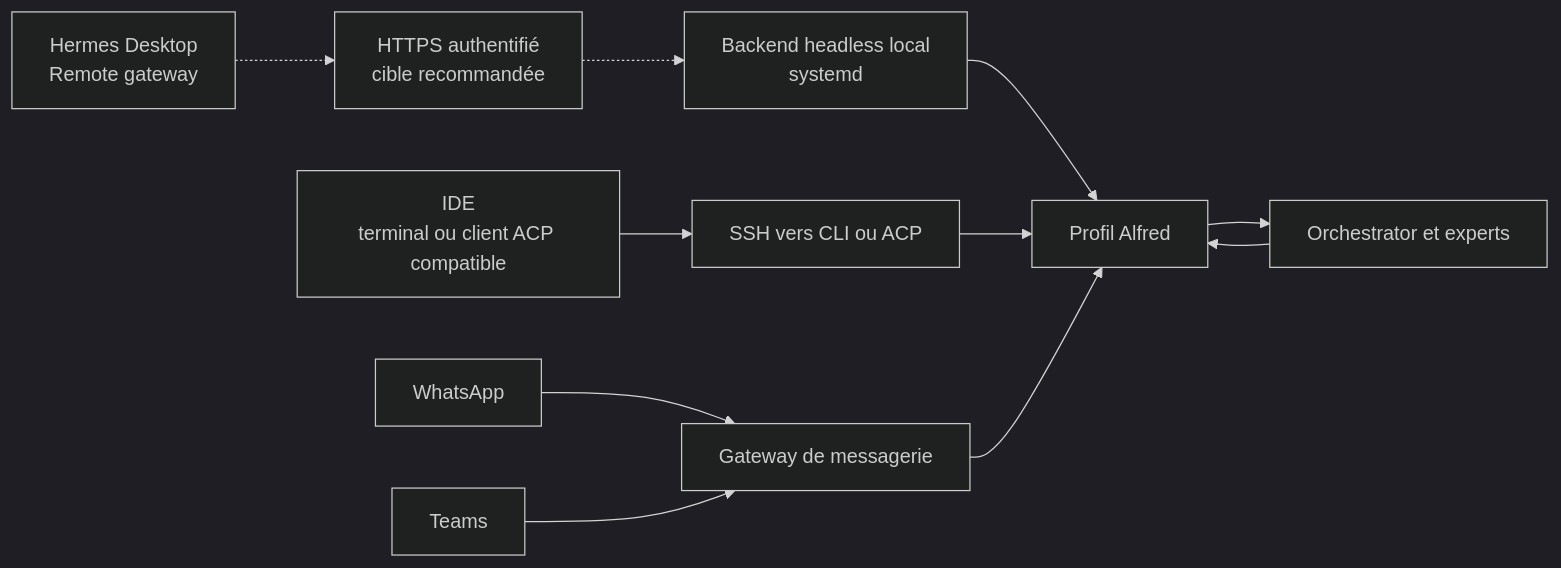
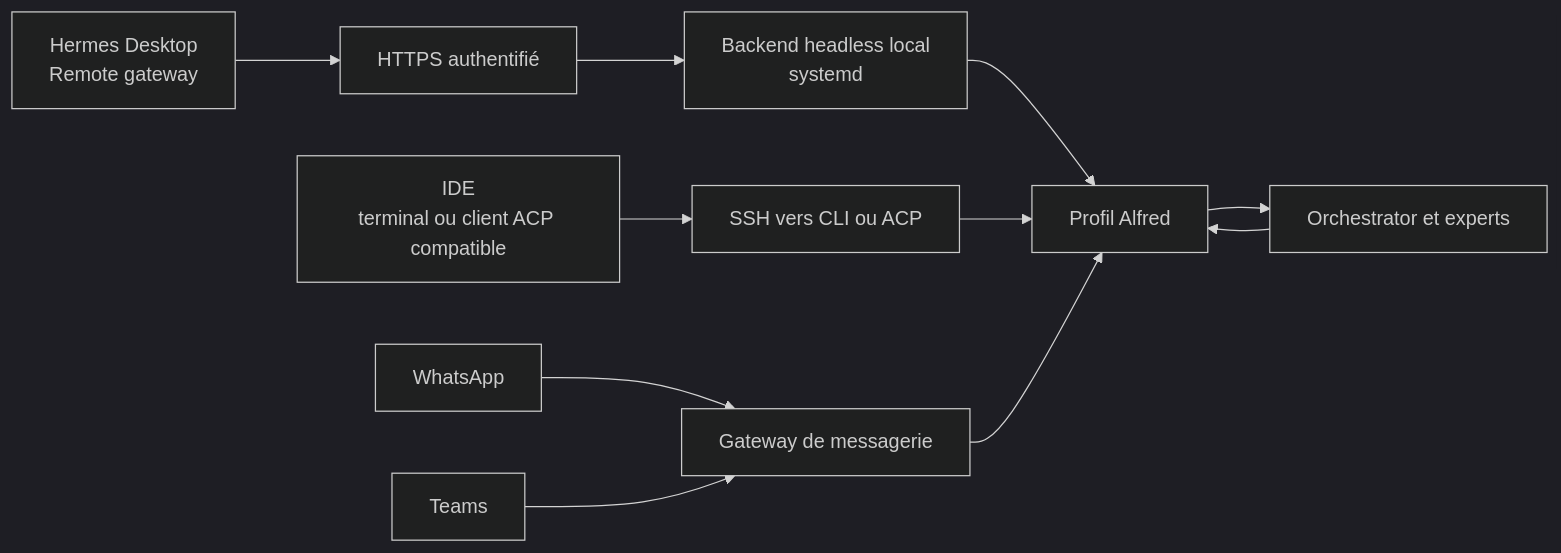
One commit to nicolastheuil/project-alfred changed the diagram in docs/communiquer-avec-alfred.md. Above: the diagram before and after it, drawn with Mermaid (dark theme). The commit also changed other lines of this file and 15 other files, not shown here.

Commit message:
feat: publish supervised HTTPS Desktop with instance auth and DNS certificates

````diff
--- a/docs/communiquer-avec-alfred.md
+++ b/docs/communiquer-avec-alfred.md
@@ -5,13 +5,13 @@
 ```mermaid
 flowchart LR
-    D[Hermes Desktop<br/>Remote gateway] -.-> H[HTTPS authentifié<br/>cible recommandée]
-    H -.-> B[Backend headless local<br/>systemd]
+    D[Hermes Desktop<br/>Remote gateway] --> H[HTTPS authentifié]
+    H --> B[Backend headless local<br/>systemd]
     I[IDE<br/>terminal ou client ACP compatible] --> T[SSH vers CLI ou ACP]
     W[WhatsApp] --> G[Gateway de messagerie]
     M[Teams] --> G
     B --> A[Profil Alfred]
     T --> A
     G --> A
     A --> O[Orchestrator et experts]
     O --> A
 ```
````
